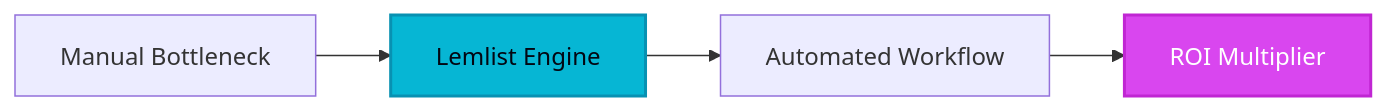
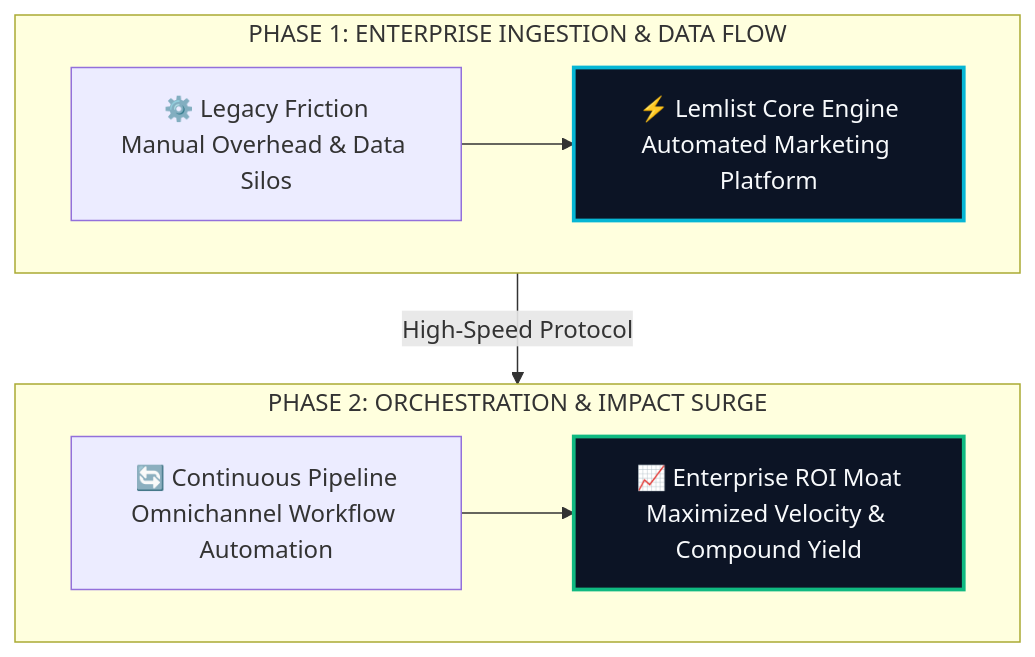
Before and after one commit to heliatech-media/saas-radar: the diagram in site/src/content/blog/lemlist-evolution-guide-2026.md, drawn with Mermaid. The commit also changed 97 other files, not shown here.

First line of the commit message:
feat(diagrams): upgrade all article architecture schemas to high-impact 2-tier responsive vector blueprints

````diff
--- a/site/src/content/blog/lemlist-evolution-guide-2026.md
+++ b/site/src/content/blog/lemlist-evolution-guide-2026.md
@@ -55,8 +55,14 @@
 ```mermaid
-flowchart LR
-    A[Manual Bottleneck] --> B[Lemlist Engine]
-    B --> C[Automated Workflow]
-    C --> D[ROI Multiplier]
-    style B fill:#06b6d4,stroke:#0891b2,stroke-width:2px,color:#030712
-    style D fill:#d946ef,stroke:#c026d3,stroke-width:2px,color:#ffffff
+flowchart TD
+    subgraph S1["PHASE 1: ENTERPRISE INGESTION & DATA FLOW"]
+        direction LR
+        A["⚙️ Legacy Friction<br/>Manual Overhead & Data Silos"] --> B["⚡ Lemlist Core Engine<br/>Automated Marketing Platform"]
+    end
+    subgraph S2["PHASE 2: ORCHESTRATION & IMPACT SURGE"]
+        direction LR
+        C["🔄 Continuous Pipeline<br/>Omnichannel Workflow Automation"] --> D["📈 Enterprise ROI Moat<br/>Maximized Velocity & Compound Yield"]
+    end
+    S1 -->|High-Speed Protocol| S2
+    style B fill:#0c1425,stroke:#06b6d4,stroke-width:2.5px,color:#f8fafc
+    style D fill:#0c1425,stroke:#10b981,stroke-width:2.5px,color:#f8fafc
 ```
````
